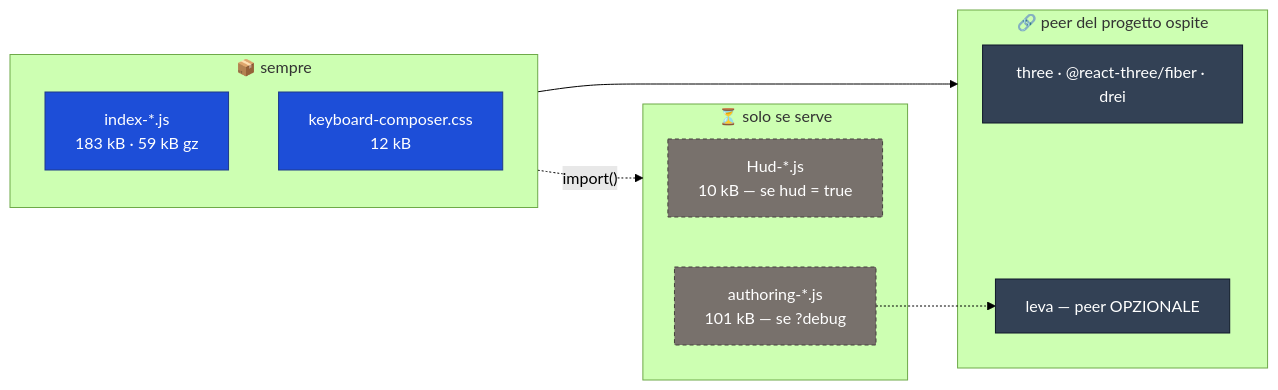
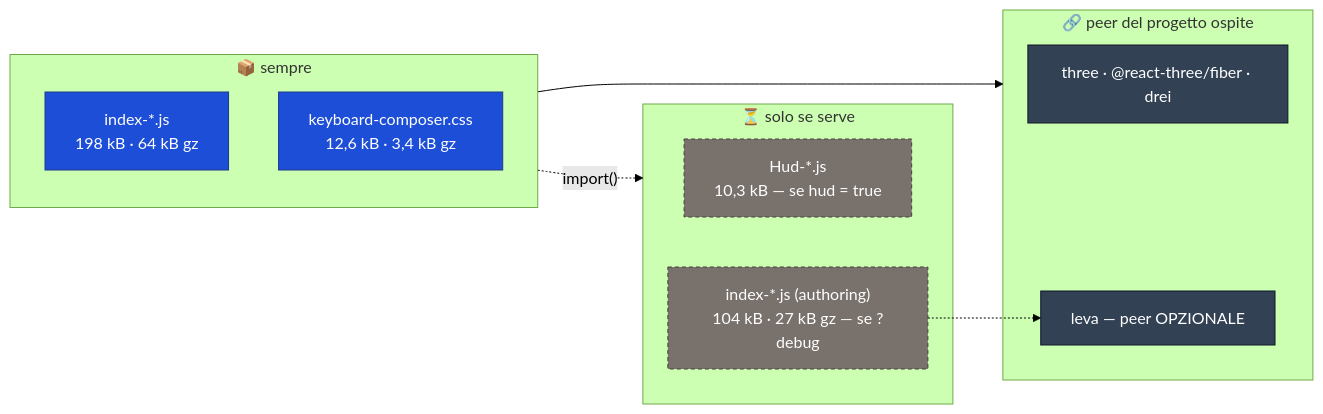
One commit to christian-matarazzo/keyboard-3d-component changed the third of 5 diagrams in README.md. Above: the diagram before and after it, drawn with Mermaid (forest theme). The commit also changed other lines of this file and 11 other files, not shown here.

````diff
--- a/README.md
+++ b/README.md
@@ -343,28 +359,28 @@
 ```mermaid
 flowchart LR
     subgraph EAGER["📦 sempre"]
-        CORE["index-*.js<br/>183 kB · 59 kB gz"]
-        CSS["keyboard-composer.css<br/>12 kB"]
+        CORE["index-*.js<br/>198 kB · 64 kB gz"]
+        CSS["keyboard-composer.css<br/>12,6 kB · 3,4 kB gz"]
     end
 
     subgraph LAZYC["⏳ solo se serve"]
-        HUDX["Hud-*.js<br/>10 kB — se hud = true"]
-        AUTHX["authoring-*.js<br/>101 kB — se ?debug"]
+        HUDX["Hud-*.js<br/>10,3 kB — se hud = true"]
+        AUTHX["index-*.js (authoring)<br/>104 kB · 27 kB gz — se ?debug"]
     end
 
     subgraph PEERS["🔗 peer del progetto ospite"]
         THREE["three · @react-three/fiber · drei"]
         LEVAP["leva — peer OPZIONALE"]
     end
 
     EAGER -.->|"import()"| LAZYC
     EAGER --> PEERS
     AUTHX -.-> LEVAP
 
     classDef eager fill:#1d4ed8,stroke:#1e3a8a,color:#fff
     classDef lazy fill:#78716c,stroke:#44403c,color:#fff,stroke-dasharray:4 3
     classDef peer fill:#334155,stroke:#0f172a,color:#fff
     class CORE,CSS eager
     class HUDX,AUTHX lazy
     class THREE,LEVAP peer
 ```
````
